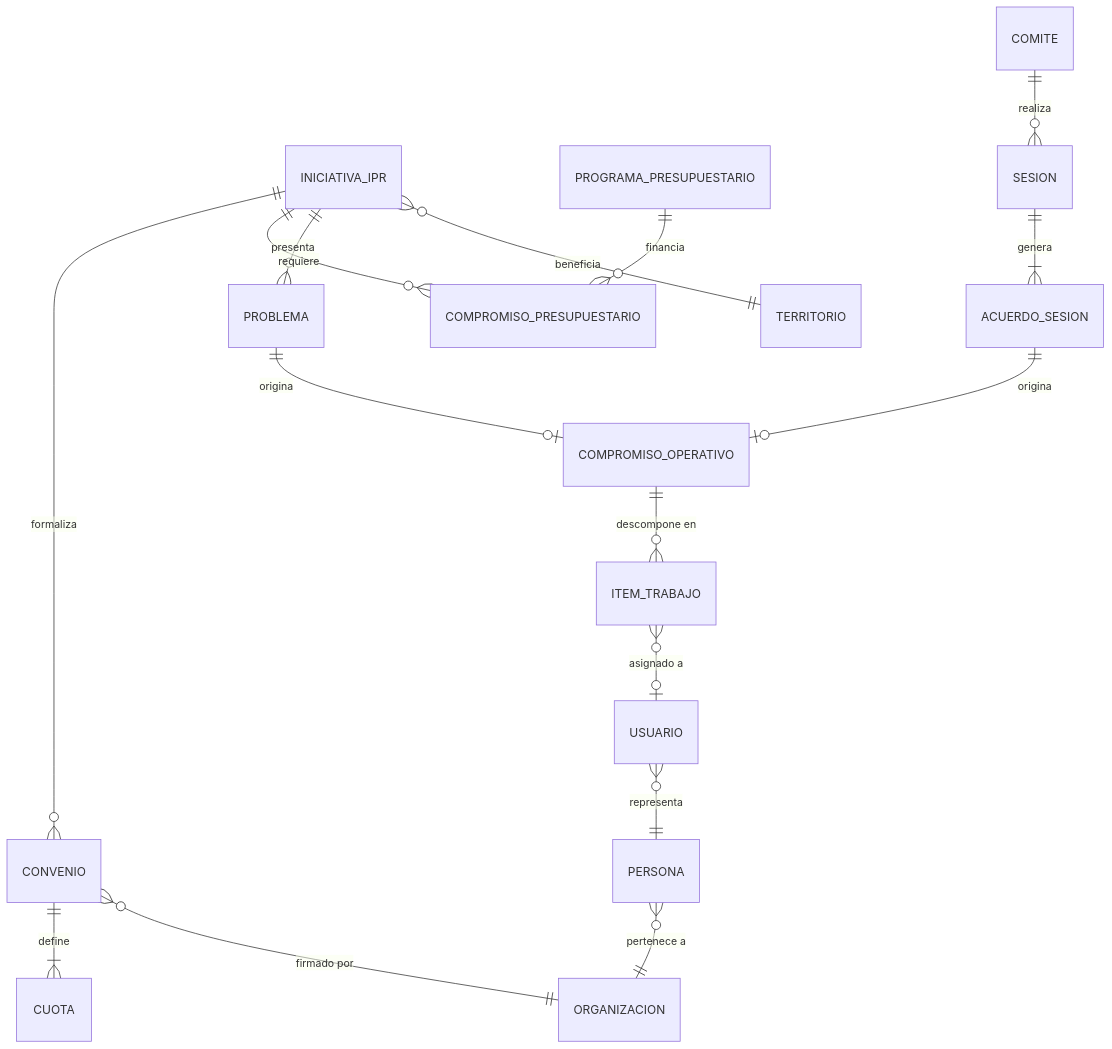
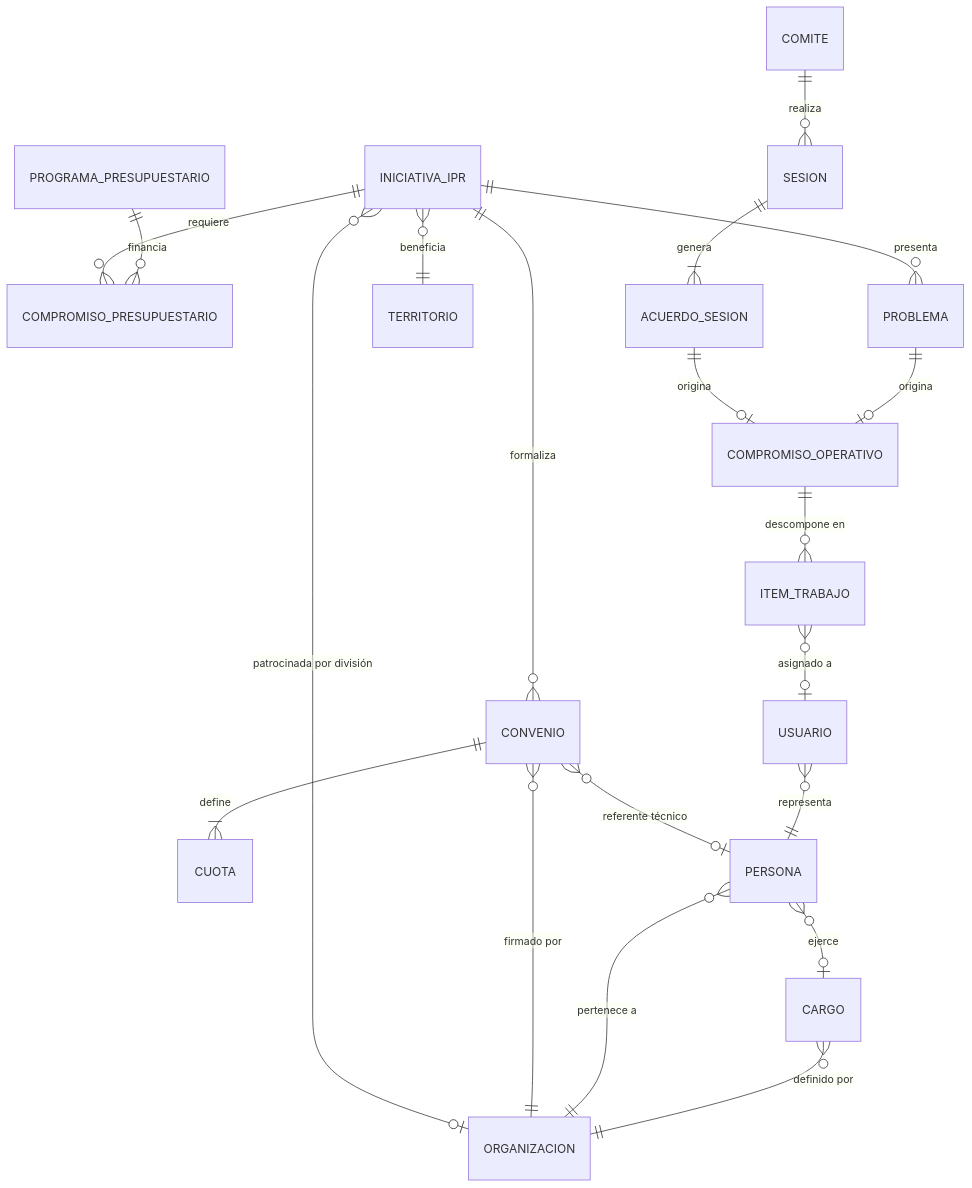
The second of 9 diagrams in model/model_goreos/docs/GOREOS_CONCEPTUAL_MODEL.md (felix-antonio-sl/gore_os), drawn with Mermaid before and after one commit. The commit also changed other lines of this file and 2334 other files, not shown here.

````diff
--- a/model/model_goreos/docs/GOREOS_CONCEPTUAL_MODEL.md
+++ b/model/model_goreos/docs/GOREOS_CONCEPTUAL_MODEL.md
@@ -45,25 +46,29 @@
 ```mermaid
 erDiagram
     INICIATIVA_IPR ||--o{ CONVENIO : "formaliza"
     INICIATIVA_IPR ||--o{ COMPROMISO_PRESUPUESTARIO : "requiere"
     INICIATIVA_IPR ||--o{ PROBLEMA : "presenta"
     INICIATIVA_IPR }o--|| TERRITORIO : "beneficia"
+    INICIATIVA_IPR }o--o| ORGANIZACION : "patrocinada por división"
 
     CONVENIO ||--|{ CUOTA : "define"
     CONVENIO }o--|| ORGANIZACION : "firmado por"
+    CONVENIO }o--o| PERSONA : "referente técnico"
 
     PROGRAMA_PRESUPUESTARIO ||--o{ COMPROMISO_PRESUPUESTARIO : "financia"
 
     SESION ||--|{ ACUERDO_SESION : "genera"
     COMITE ||--o{ SESION : "realiza"
 
     ACUERDO_SESION ||--o| COMPROMISO_OPERATIVO : "origina"
     PROBLEMA ||--o| COMPROMISO_OPERATIVO : "origina"
 
     COMPROMISO_OPERATIVO ||--o{ ITEM_TRABAJO : "descompone en"
 
     PERSONA }o--|| ORGANIZACION : "pertenece a"
+    PERSONA }o--o| CARGO : "ejerce"
+    CARGO }o--|| ORGANIZACION : "definido por"
     USUARIO }o--|| PERSONA : "representa"
 
     ITEM_TRABAJO }o--o| USUARIO : "asignado a"
 ```
````
